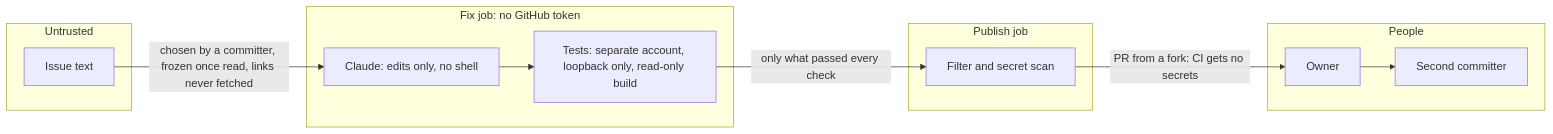
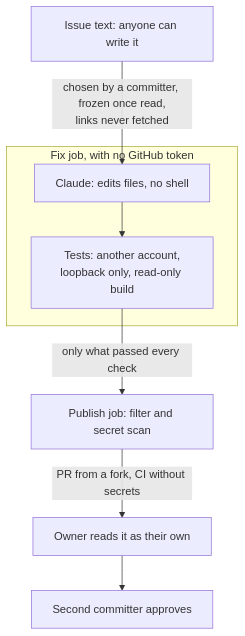
One commit to sarthakaggarwal97/valkey-ci-agent changed the seventh of 8 diagrams in docs/design/software-factory.md. Above: the diagram before and after it, drawn with Mermaid. The commit also changed other lines of this file, not shown here.

Commit message:
Make the design doc's diagrams readable on GitHub

````diff
--- a/docs/design/software-factory.md
+++ b/docs/design/software-factory.md
@@ -592,22 +601,16 @@
 ```mermaid
-flowchart LR
-    subgraph Untrusted
-        I["Issue text"]
+flowchart TD
+    I["Issue text: anyone can write it"]
+    subgraph Contained["Fix job, with no GitHub token"]
+        C["Claude: edits files, no shell"]
+        T["Tests: another account,<br/>loopback only, read-only build"]
     end
-    subgraph Contained["Fix job: no GitHub token"]
-        C["Claude: edits only, no shell"]
-        T["Tests: separate account, loopback only, read-only build"]
-    end
-    subgraph Gated["Publish job"]
-        Fl["Filter and secret scan"]
-    end
-    subgraph People
-        O["Owner"]
-        A["Second committer"]
-    end
-    I -->|"chosen by a committer, frozen once read, links never fetched"| C
+    Fl["Publish job: filter and secret scan"]
+    O["Owner reads it as their own"]
+    A["Second committer approves"]
+    I -->|"chosen by a committer, frozen once read,<br/>links never fetched"| C
     C --> T
     T -->|"only what passed every check"| Fl
-    Fl -->|"PR from a fork: CI gets no secrets"| O
+    Fl -->|"PR from a fork, CI without secrets"| O
     O --> A
 ```
````
